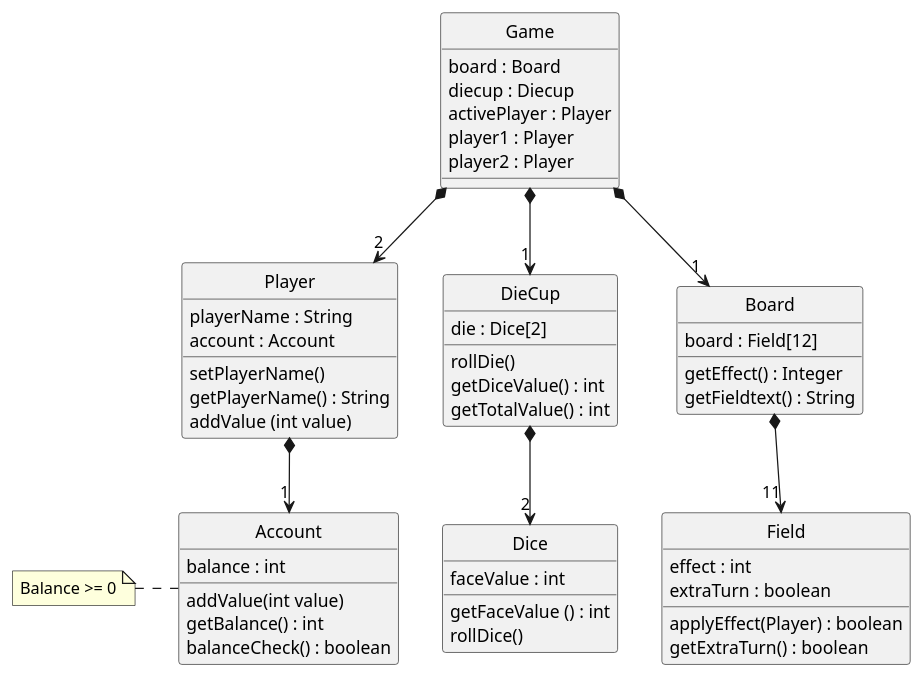
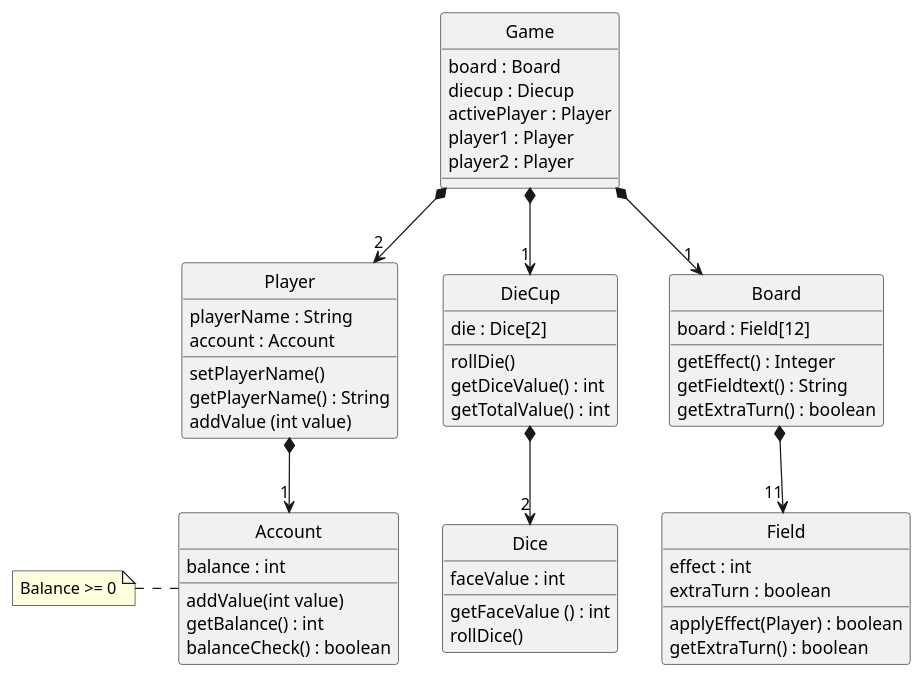
Before and after one commit to PhilipCramer/CDIO_del2: the diagram in src/main/resources/DesignClassDiagram.puml, drawn with PlantUML.

Commit message:
updated DesignClassDiagram.puml to match Board class code

```diff
--- a/src/main/resources/DesignClassDiagram.puml
+++ b/src/main/resources/DesignClassDiagram.puml
@@ -1,71 +1,72 @@
 @startuml ClassDiagram
 skinparam style strictuml
 
 class "Game" as Game {
     board : Board
     diecup : Diecup
     activePlayer : Player
     player1 : Player
     player2 : Player
 
 }
 
 class "Player" as Player {
     playerName : String
     account : Account
 
     setPlayerName()
     getPlayerName() : String
     addValue (int value)
 
 }
 
 class "Account" as Account {
     balance : int
 
     addValue(int value)
     getBalance() : int
     balanceCheck() : boolean
 }
 note left
     Balance >= 0
     end note
 
 class "DieCup" as Diecup {
     die : Dice[2]
     
     rollDie()
     getDiceValue() : int
     getTotalValue() : int
 }
 
 class "Dice" as Dice {
     faceValue : int
 
     getFaceValue () : int
     rollDice()
 }
 
 class "Board" as Board {
     board : Field[12]
 
     getEffect() : Integer
     getFieldtext() : String
+    getExtraTurn() : boolean
 }
 
 class "Field" as Field {
     effect : int
     extraTurn : boolean
 
     applyEffect(Player) : boolean
     getExtraTurn() : boolean
 }
 
 
 Player *--> "1" Account
 Game *--> "2" Player 
 Game *--> "1" Board
 Board  *--> "11" Field
 Game  *--> "1" Diecup
 Diecup *--> "2" Dice
 @enduml
```
